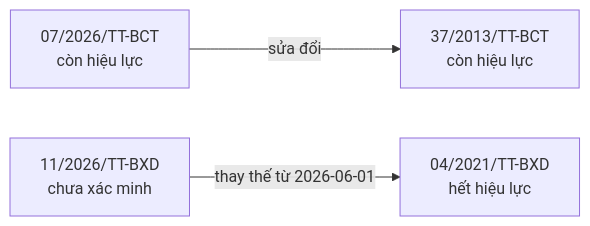
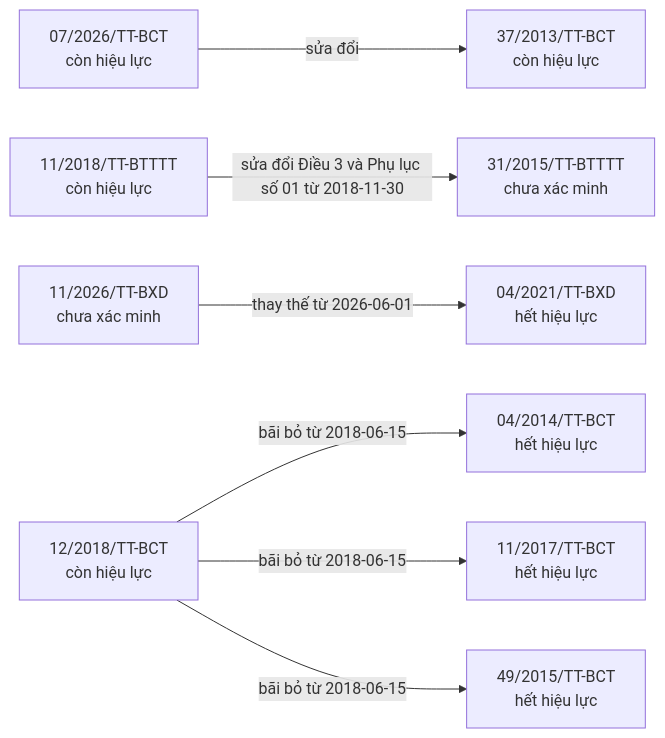
The sixth of 8 diagrams in bao-cao/quan-he.md (ozvietnam/oz-wiki-plhq), drawn with Mermaid before and after one commit. The commit also changed other lines of this file and 26 other files, not shown here.

````diff
--- a/bao-cao/quan-he.md
+++ b/bao-cao/quan-he.md
@@ -126,9 +139,19 @@
 ```mermaid
 flowchart LR
   n_07_2026_TT_BCT["07/2026/TT-BCT<br/>còn hiệu lực"]
   n_37_2013_TT_BCT["37/2013/TT-BCT<br/>còn hiệu lực"]
+  n_11_2018_TT_BTTTT["11/2018/TT-BTTTT<br/>còn hiệu lực"]
+  n_31_2015_TT_BTTTT["31/2015/TT-BTTTT<br/>chưa xác minh"]
   n_11_2026_TT_BXD["11/2026/TT-BXD<br/>chưa xác minh"]
   n_04_2021_TT_BXD["04/2021/TT-BXD<br/>hết hiệu lực"]
+  n_12_2018_TT_BCT["12/2018/TT-BCT<br/>còn hiệu lực"]
+  n_04_2014_TT_BCT["04/2014/TT-BCT<br/>hết hiệu lực"]
+  n_11_2017_TT_BCT["11/2017/TT-BCT<br/>hết hiệu lực"]
+  n_49_2015_TT_BCT["49/2015/TT-BCT<br/>hết hiệu lực"]
   n_07_2026_TT_BCT -->|sửa đổi| n_37_2013_TT_BCT
+  n_11_2018_TT_BTTTT -->|sửa đổi Điều 3 và Phụ lục số 01 từ 2018-11-30| n_31_2015_TT_BTTTT
   n_11_2026_TT_BXD -->|thay thế từ 2026-06-01| n_04_2021_TT_BXD
+  n_12_2018_TT_BCT -->|bãi bỏ từ 2018-06-15| n_04_2014_TT_BCT
+  n_12_2018_TT_BCT -->|bãi bỏ từ 2018-06-15| n_11_2017_TT_BCT
+  n_12_2018_TT_BCT -->|bãi bỏ từ 2018-06-15| n_49_2015_TT_BCT
 ```
````
